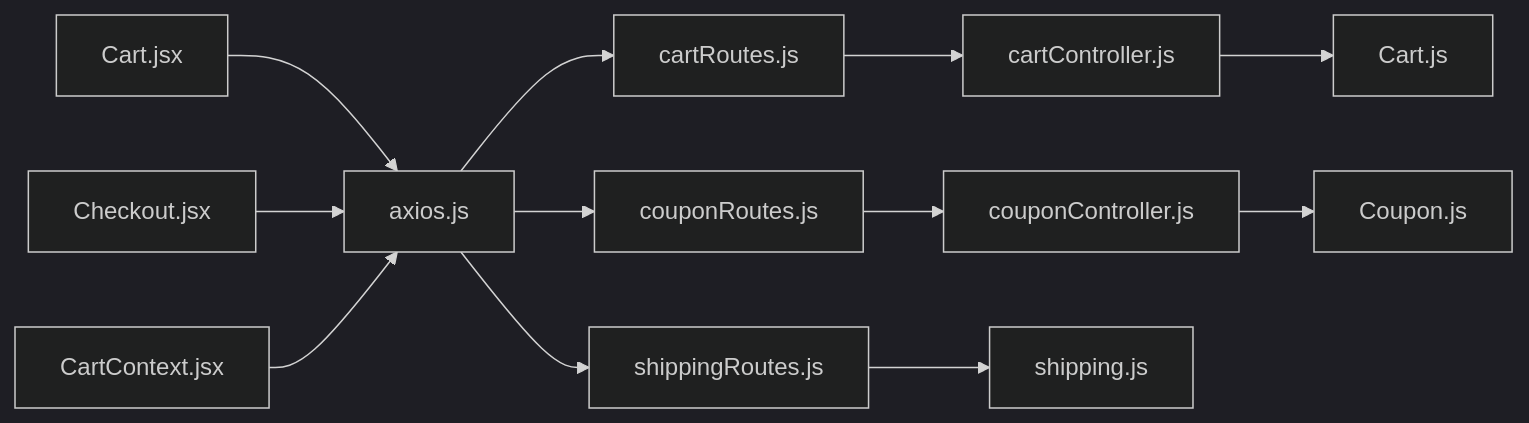
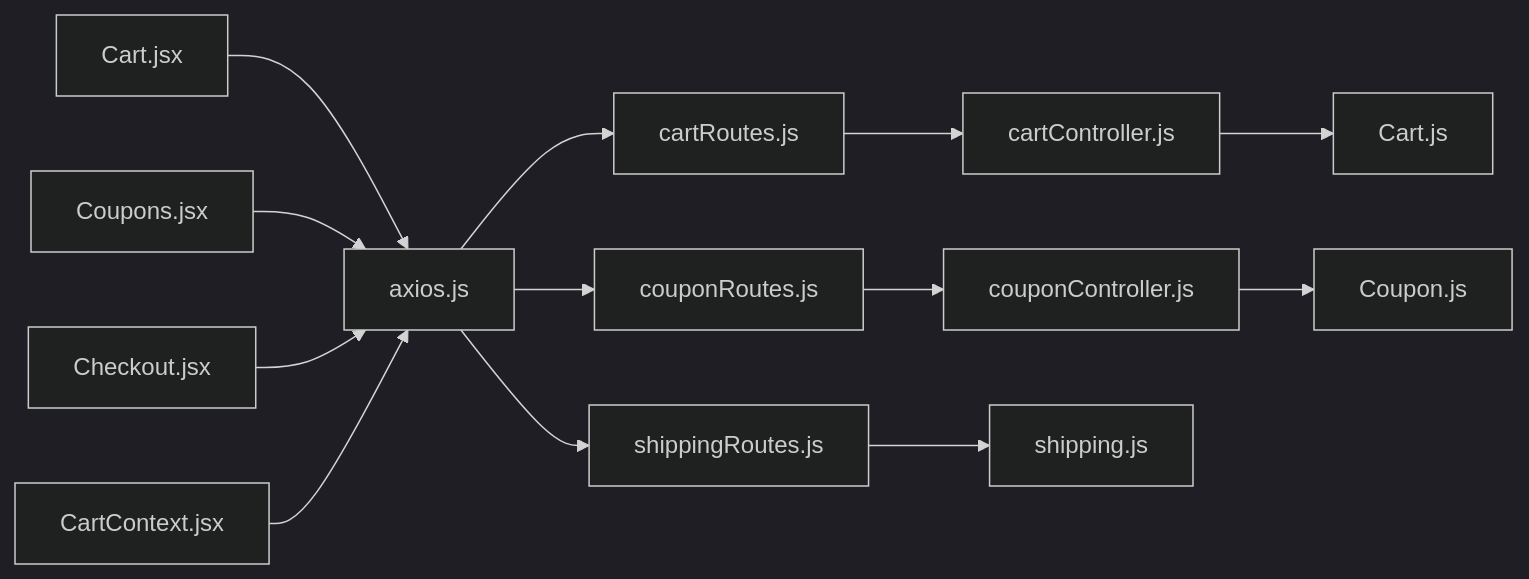
Before and after one commit to Pavan-PSPK9032/TrendsandToss: diagram 11 of 11 in .qoder/repowiki/en/content/Shopping Experience/Shopping Cart Management.md, drawn with Mermaid (dark theme). The commit also changed other lines of this file and 24 other files, not shown here.

````diff
--- a/.qoder/repowiki/en/content/Shopping Experience/Shopping Cart Management.md
+++ b/.qoder/repowiki/en/content/Shopping Experience/Shopping Cart Management.md
@@ -615,14 +669,15 @@
 ```mermaid
 graph LR
 AXIOS["axios.js"] --> CART_ROUTES["cartRoutes.js"]
 AXIOS --> COUPON_ROUTES["couponRoutes.js"]
 AXIOS --> SHIP_ROUTES["shippingRoutes.js"]
 CART_ROUTES --> CART_CTRL["cartController.js"]
 COUPON_ROUTES --> COUPON_CTRL["couponController.js"]
 CART_CTRL --> CART_MODEL["Cart.js"]
 COUPON_CTRL --> COUPON_MODEL["Coupon.js"]
 SHIP_ROUTES --> SHIP_UTIL["shipping.js"]
 CART_PAGE["Cart.jsx"] --> AXIOS
+COUPONS_PAGE["Coupons.jsx"] --> AXIOS
 CHECKOUT_PAGE["Checkout.jsx"] --> AXIOS
 CART_CONTEXT["CartContext.jsx"] --> AXIOS
 ```
````
